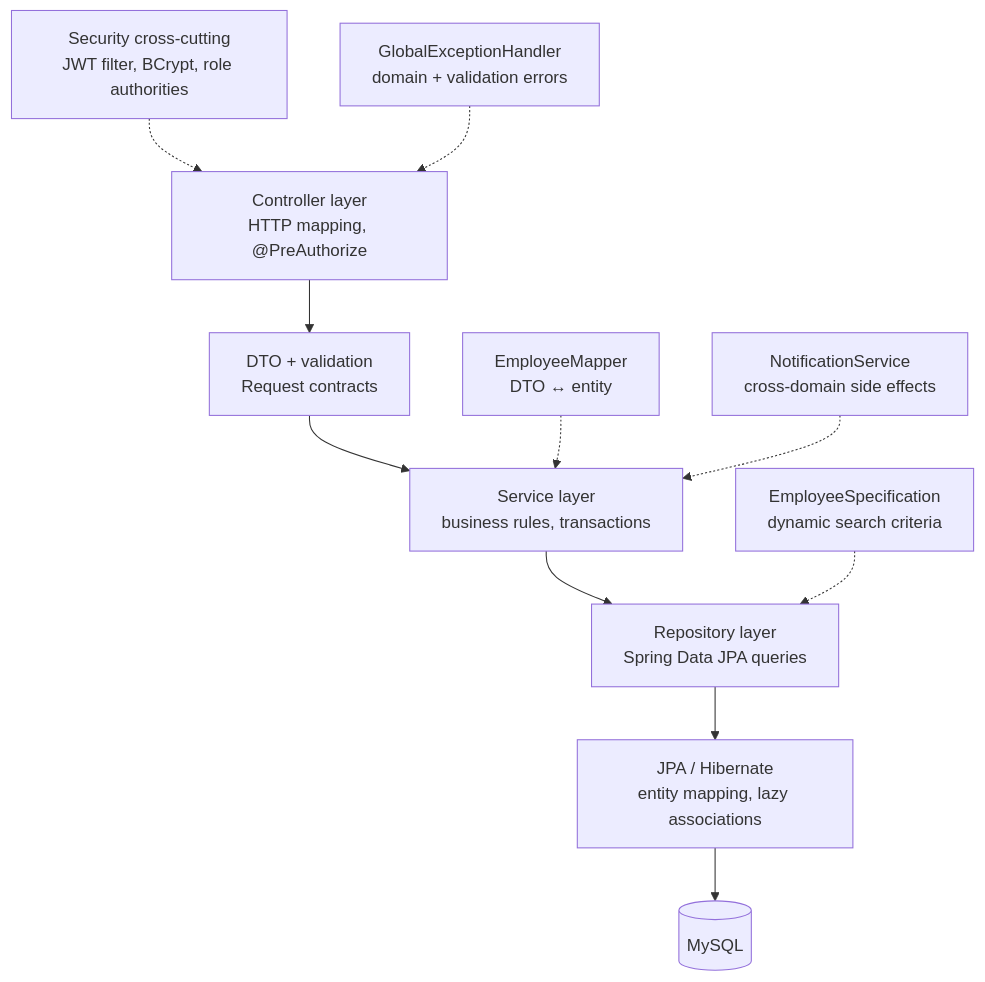
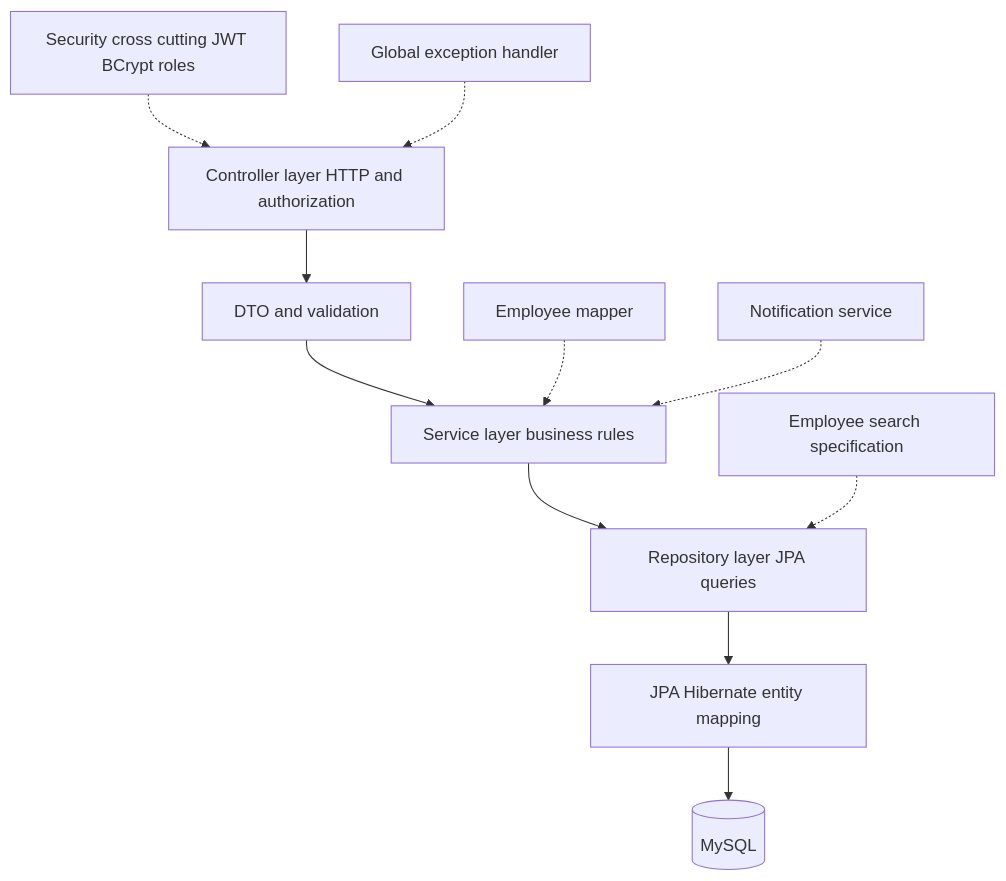
One commit to Lalmohan04/employee-management-system changed the third of 10 diagrams in docs/ARCHITECTURE.md. Above: the diagram before and after it, drawn with Mermaid. The commit also changed other lines of this file, not shown here.

First line of the commit message:
docs: fix Mermaid diagrams for GitHub rendering

````diff
--- a/docs/ARCHITECTURE.md
+++ b/docs/ARCHITECTURE.md
@@ -122,14 +128,14 @@
 ```mermaid
-flowchart TD
-    C["Controller layer<br/>HTTP mapping, @PreAuthorize"] --> V["DTO + validation<br/>Request contracts"]
-    V --> S["Service layer<br/>business rules, transactions"]
-    S --> R["Repository layer<br/>Spring Data JPA queries"]
-    R --> J["JPA / Hibernate<br/>entity mapping, lazy associations"]
-    J --> D[("MySQL")]
+graph TD
+    C[Controller layer HTTP and authorization] --> V[DTO and validation]
+    V --> S[Service layer business rules]
+    S --> R[Repository layer JPA queries]
+    R --> J[JPA Hibernate entity mapping]
+    J --> D[(MySQL)]
 
-    SEC["Security cross-cutting<br/>JWT filter, BCrypt, role authorities"] -.-> C
-    EX["GlobalExceptionHandler<br/>domain + validation errors"] -.-> C
-    MAP["EmployeeMapper<br/>DTO ↔ entity"] -.-> S
-    SPEC["EmployeeSpecification<br/>dynamic search criteria"] -.-> R
-    NOTE["NotificationService<br/>cross-domain side effects"] -.-> S
+    SEC[Security cross cutting JWT BCrypt roles] -.-> C
+    EX[Global exception handler] -.-> C
+    MAP[Employee mapper] -.-> S
+    SPEC[Employee search specification] -.-> R
+    NOTE[Notification service] -.-> S
 ```
````
